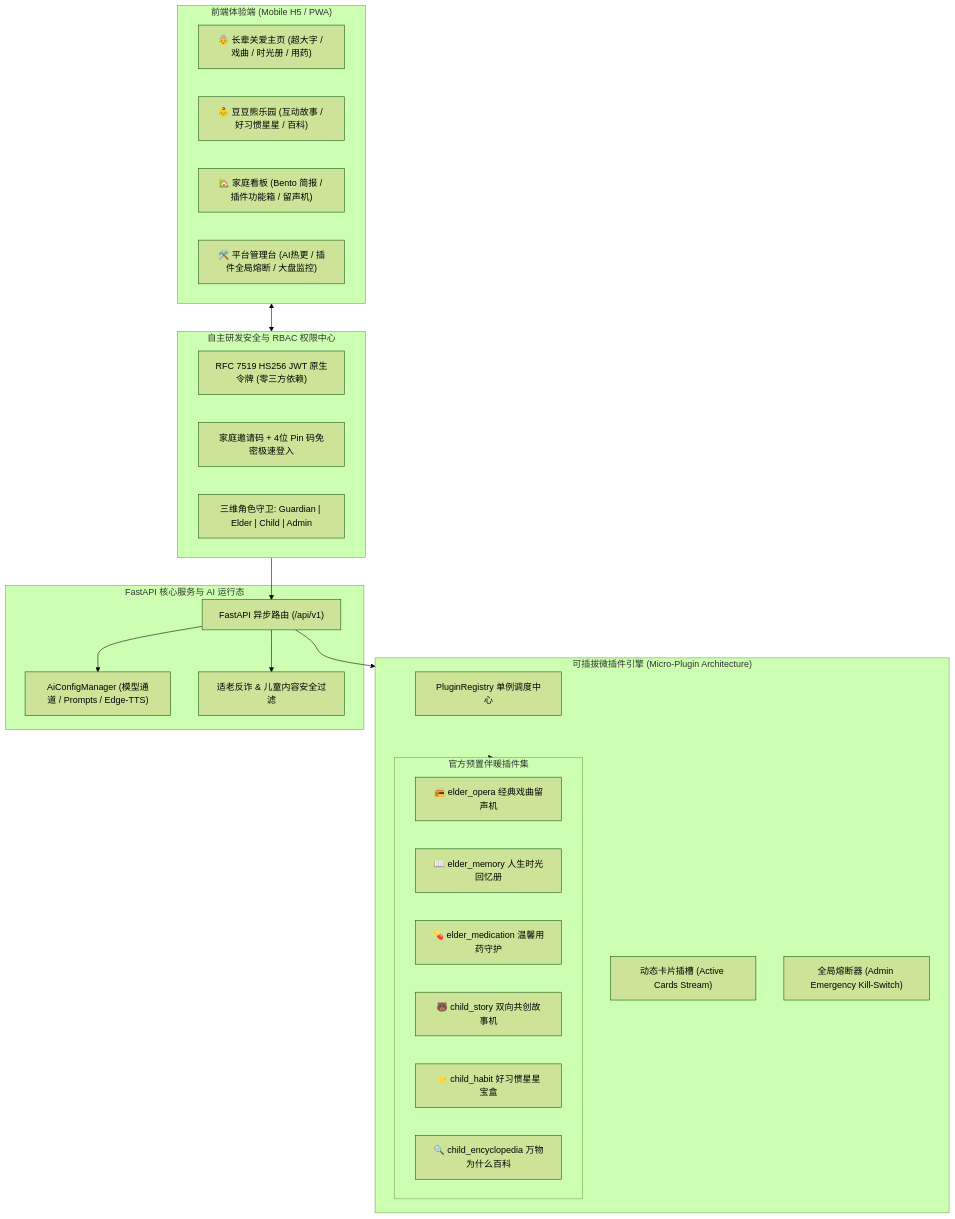
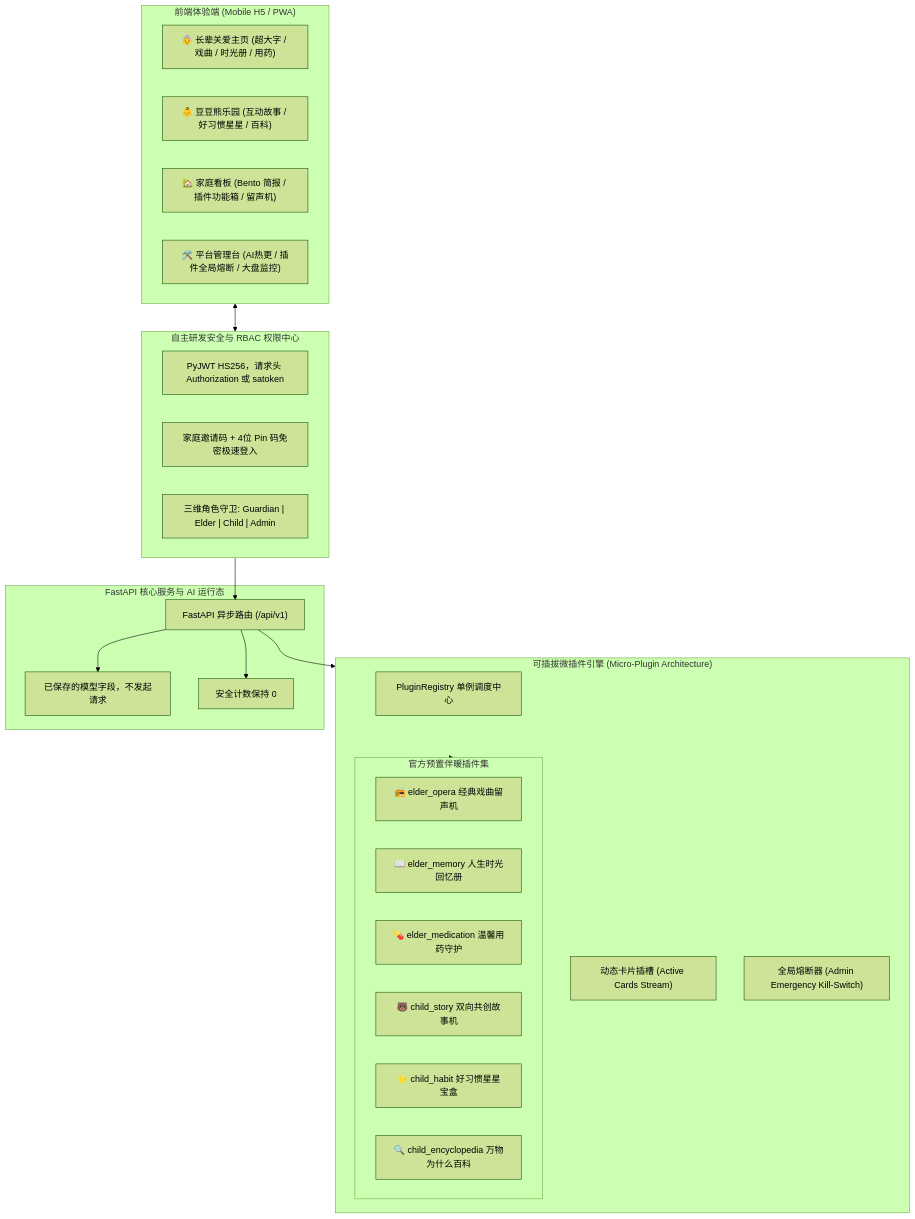
The diagram in README.md (zhangqi77ok-sys/tiancode), drawn with Mermaid (forest theme) before and after one commit. The commit also changed other lines of this file and 29 other files, not shown here.

````diff
--- a/README.md
+++ b/README.md
@@ -64,41 +61,41 @@
 ```mermaid
 flowchart TD
     subgraph Client ["前端体验端 (Mobile H5 / PWA)"]
         ElderView["👵 长辈关爱主页 (超大字 / 戏曲 / 时光册 / 用药)"]
         ChildView["👶 豆豆熊乐园 (互动故事 / 好习惯星星 / 百科)"]
         FamilyView["🏡 家庭看板 (Bento 简报 / 插件功能箱 / 留声机)"]
         AdminView["🛠️ 平台管理台 (AI热更 / 插件全局熔断 / 大盘监控)"]
     end
 
     subgraph Security ["自主研发安全与 RBAC 权限中心"]
-        JWT["RFC 7519 HS256 JWT 原生令牌 (零三方依赖)"]
+        JWT["PyJWT HS256，请求头 Authorization 或 satoken"]
         PinAuth["家庭邀请码 + 4位 Pin 码免密极速登入"]
         RBAC["三维角色守卫: Guardian | Elder | Child | Admin"]
     end
 
     subgraph Plugins ["可插拔微插件引擎 (Micro-Plugin Architecture)"]
         Registry["PluginRegistry 单例调度中心"]
         Slot["动态卡片插槽 (Active Cards Stream)"]
         KillSwitch["全局熔断器 (Admin Emergency Kill-Switch)"]
         subgraph Builtin ["官方预置伴暖插件集"]
             P1["📻 elder_opera 经典戏曲留声机"]
             P2["📖 elder_memory 人生时光回忆册"]
             P3["💊 elder_medication 温馨用药守护"]
             P4["🐻 child_story 双向共创故事机"]
             P5["⭐ child_habit 好习惯星星宝盒"]
             P6["🔍 child_encyclopedia 万物为什么百科"]
         end
     end
 
     subgraph Backend ["FastAPI 核心服务与 AI 运行态"]
         API["FastAPI 异步路由 (/api/v1)"]
-        AiManager["AiConfigManager (模型通道 / Prompts / Edge-TTS)"]
-        Safety["适老反诈 & 儿童内容安全过滤"]
+        AiManager["已保存的模型字段，不发起请求"]
+        Safety["安全计数保持 0"]
     end
 
     Client <--> Security
     Security --> API
     API --> Plugins
     Plugins --> Builtin
     API --> AiManager & Safety
 ```
````
